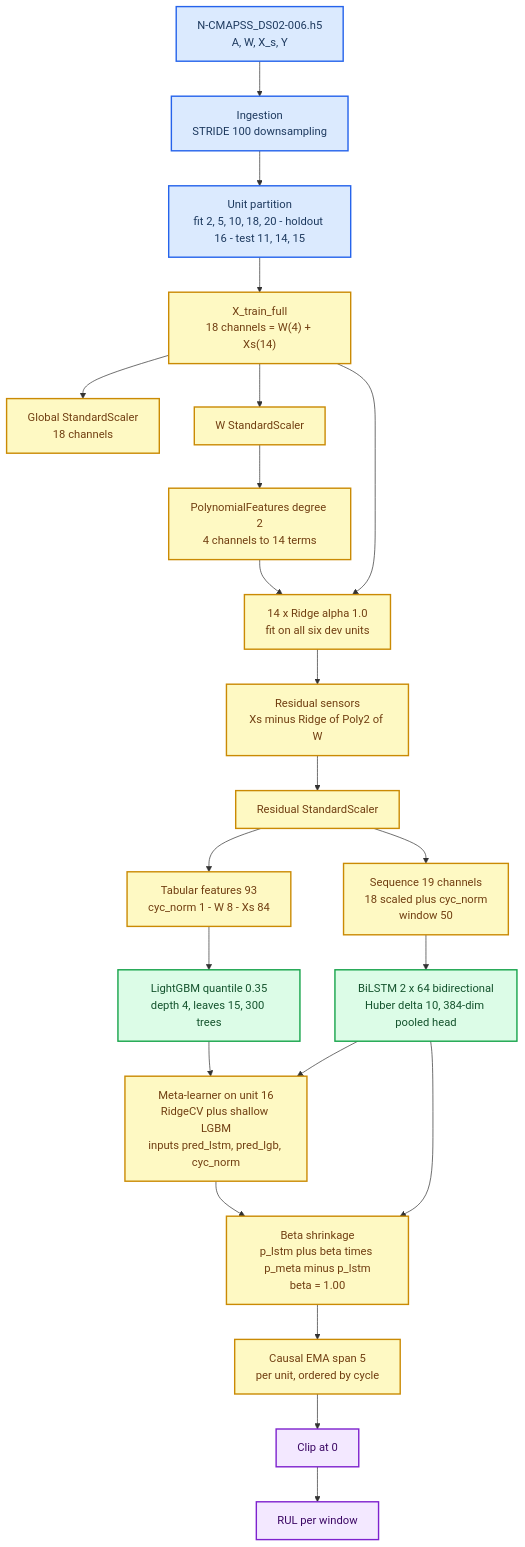
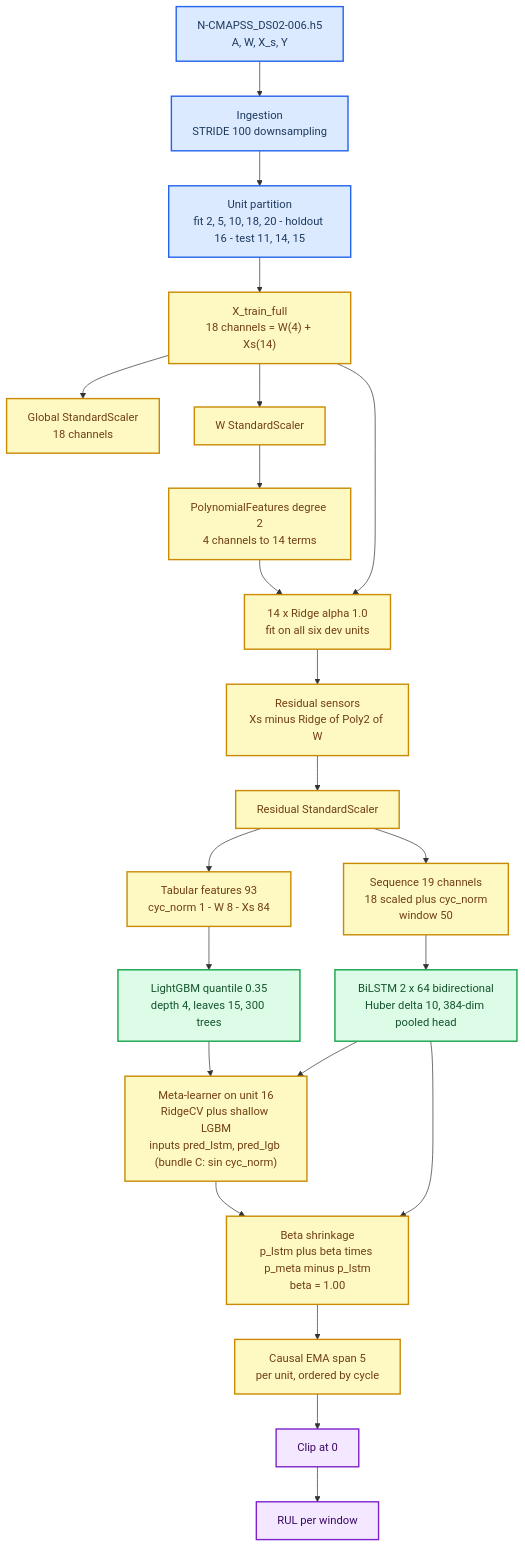
One commit to mikelrh-dev/nasa-rul-ds02 changed the first of 2 diagrams in docs/02_DS02_ensemble_RUL_spec.md. Above: the diagram before and after it, drawn with Mermaid. The commit also changed other lines of this file and 27 other files, not shown here.

````diff
--- a/docs/02_DS02_ensemble_RUL_spec.md
+++ b/docs/02_DS02_ensemble_RUL_spec.md
@@ -58,47 +58,47 @@
 ```mermaid
 flowchart TD
     accTitle: DS02 hybrid stacking RUL pipeline
     accDescr: Data flow from the N-CMAPSS DS02 HDF5 file through ingestion, unit partitioning, physical residualization of the sensors on the flight regime, the two base models, the stacking meta-learner, beta shrinkage and causal EMA smoothing to the final RUL estimate.
 
     h5["N-CMAPSS_DS02-006.h5<br/>A, W, X_s, Y"] --> ingest["Ingestion<br/>STRIDE 100 downsampling"]
     ingest --> units["Unit partition<br/>fit 2, 5, 10, 18, 20 - holdout 16 - test 11, 14, 15"]
     units --> concat["X_train_full<br/>18 channels = W(4) + Xs(14)"]
 
     concat --> gscaler["Global StandardScaler<br/>18 channels"]
     concat --> wscaler["W StandardScaler"]
     wscaler --> poly2["PolynomialFeatures degree 2<br/>4 channels to 14 terms"]
     poly2 --> ridge["14 x Ridge alpha 1.0<br/>fit on all six dev units"]
     concat --> ridge
     ridge --> resid["Residual sensors<br/>Xs minus Ridge of Poly2 of W"]
     resid --> rscaler["Residual StandardScaler"]
 
     rscaler --> tabfeat["Tabular features 93<br/>cyc_norm 1 - W 8 - Xs 84"]
     rscaler --> seqfeat["Sequence 19 channels<br/>18 scaled plus cyc_norm<br/>window 50"]
 
     tabfeat --> lgb["LightGBM quantile 0.35<br/>depth 4, leaves 15, 300 trees"]
     seqfeat --> bilstm["BiLSTM 2 x 64 bidirectional<br/>Huber delta 10, 384-dim pooled head"]
 
-    meta["Meta-learner on unit 16<br/>RidgeCV plus shallow LGBM<br/>inputs pred_lstm, pred_lgb, cyc_norm"]
+    meta["Meta-learner on unit 16<br/>RidgeCV plus shallow LGBM<br/>inputs pred_lstm, pred_lgb (bundle C: sin cyc_norm)"]
     beta["Beta shrinkage<br/>p_lstm plus beta times p_meta minus p_lstm<br/>beta = 1.00"]
     ema["Causal EMA span 5<br/>per unit, ordered by cycle"]
     clip["Clip at 0"]
     rul["RUL per window"]
 
     lgb --> meta
     bilstm --> meta
     meta --> beta
     bilstm --> beta
     beta --> ema
     ema --> clip
     clip --> rul
 
     classDef source fill:#dbeafe,stroke:#2563eb,stroke-width:2px,color:#1e3a5f
     classDef prep fill:#fef9c3,stroke:#ca8a04,stroke-width:2px,color:#713f12
     classDef model fill:#dcfce7,stroke:#16a34a,stroke-width:2px,color:#14532d
     classDef out fill:#f3e8ff,stroke:#7e22ce,stroke-width:2px,color:#3b0764
 
     class h5,ingest,units source
     class concat,gscaler,wscaler,poly2,ridge,resid,rscaler,tabfeat,seqfeat,meta,beta,ema prep
     class lgb,bilstm model
     class clip,rul out
 ```
````
